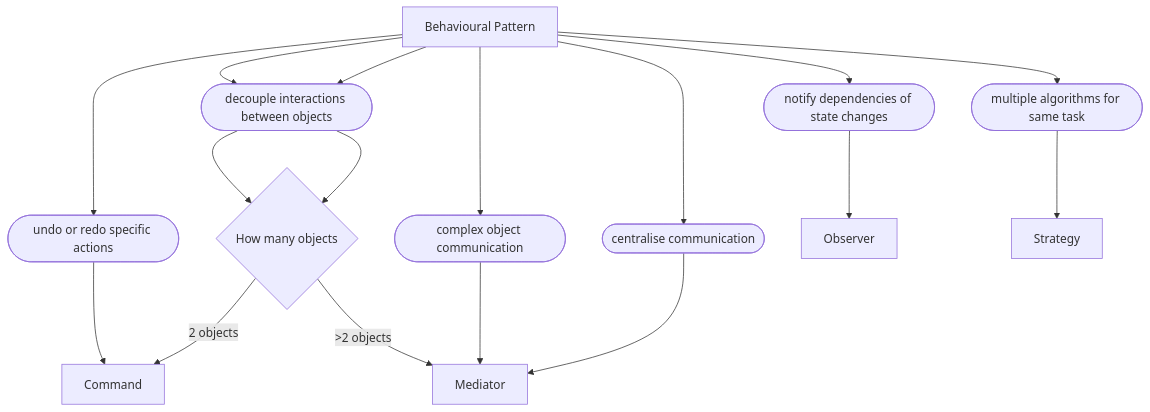
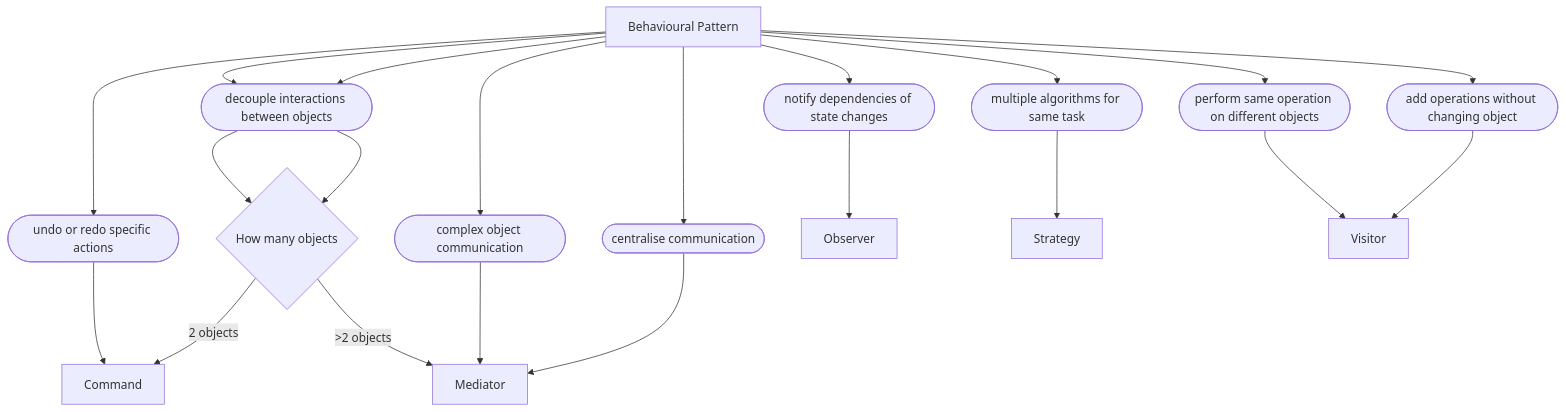
The fourth of 4 diagrams in noob.Patterns/PatternDecisionTree.md (ryanachten/noob), drawn with Mermaid before and after one commit. The commit also changed 9 other files, not shown here.

````diff
--- a/noob.Patterns/PatternDecisionTree.md
+++ b/noob.Patterns/PatternDecisionTree.md
@@ -44,13 +44,16 @@
 ```mermaid
 graph TD;
     behavioural[Behavioural Pattern]-->co1([undo or redo specific actions])-->command[Command]
     behavioural-->p1([decouple interactions between objects])-->howMany{How many objects}-->|2 objects|command
     
     behavioural-->p1-->howMany-->|>2 objects|mediator[Mediator]
     behavioural-->m1([complex object communication])-->mediator
     behavioural-->m2([centralise communication])-->mediator
 
     behavioural-->o1([notify dependencies of state changes])-->observer[Observer]
 
     behavioural-->st1([multiple algorithms for same task])-->strategy[Strategy]
+
+    behavioural-->v1([perform same operation on different objects])-->visitor[Visitor]
+    behavioural-->v2([add operations without changing object])-->visitor
 ```
````
